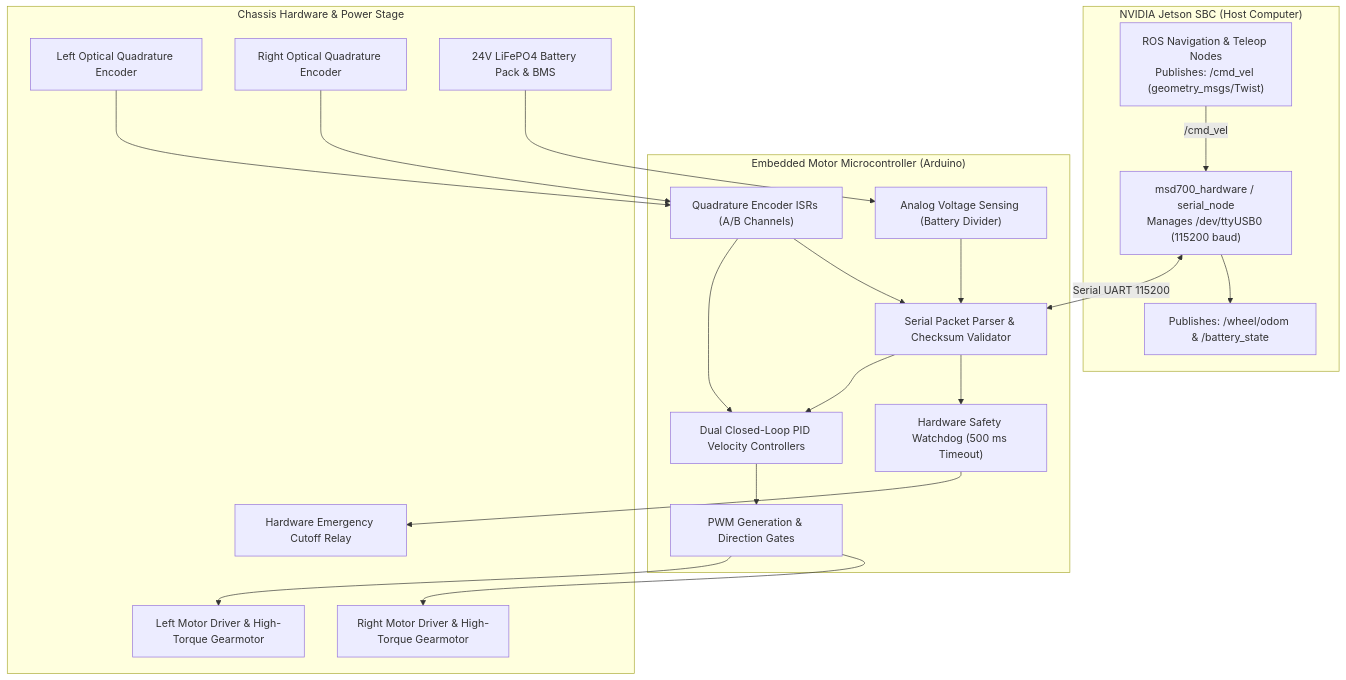
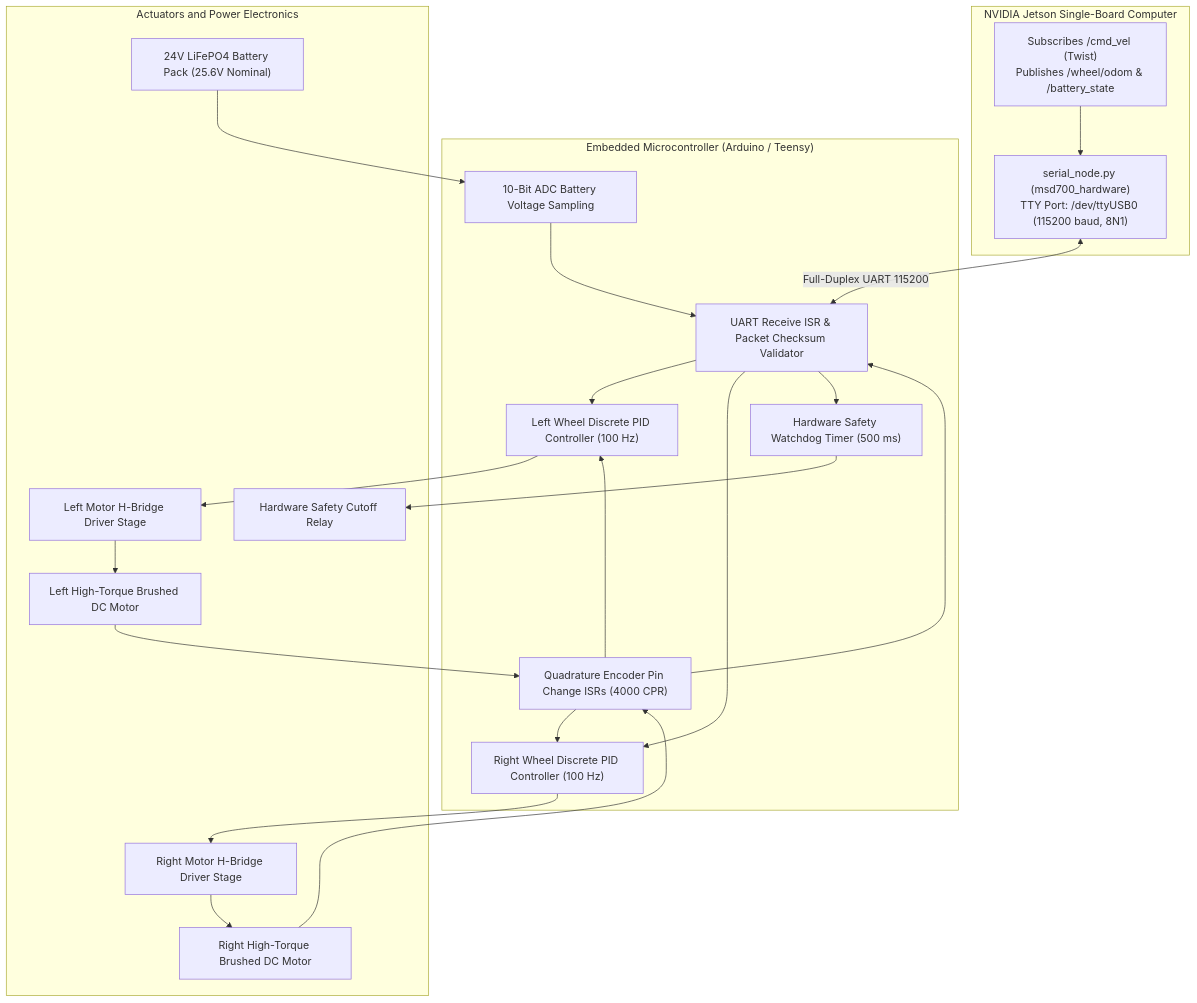
One commit to itbdelaboprogramming/msd700_documentation changed the diagram in docs/development/firmware-and-hardware.md. Above: the diagram before and after it, drawn with Mermaid. The commit also changed other lines of this file and 4 other files, not shown here.

Commit message:
docs: update firmware and hardware documentation with detailed schematics, pinouts, and control loop equations

````diff
--- a/docs/development/firmware-and-hardware.md
+++ b/docs/development/firmware-and-hardware.md
@@ -16,45 +14,44 @@
 ```mermaid
 flowchart TD
-  subgraph HostComputer["NVIDIA Jetson SBC (Host Computer)"]
-    ROS_CTRL["ROS Navigation & Teleop Nodes<br/>Publishes: /cmd_vel (geometry_msgs/Twist)"]
-    SERIAL_NODE["msd700_hardware / serial_node<br/>Manages /dev/ttyUSB0 (115200 baud)"]
-    ROS_ODOM["Publishes: /wheel/odom & /battery_state"]
+  subgraph JetsonSBC["NVIDIA Jetson Single-Board Computer"]
+    SERIAL_NODE["serial_node.py (msd700_hardware)<br/>TTY Port: /dev/ttyUSB0 (115200 baud, 8N1)"]
+    CMD_PUB["Subscribes /cmd_vel (Twist)<br/>Publishes /wheel/odom & /battery_state"]
   end
 
-  subgraph Microcontroller["Embedded Motor Microcontroller (Arduino)"]
-    COMM_PARSER["Serial Packet Parser & Checksum Validator"]
-    PID_LOOP["Dual Closed-Loop PID Velocity Controllers"]
-    PWM_GEN["PWM Generation & Direction Gates"]
-    ENCODER_ISR["Quadrature Encoder ISRs (A/B Channels)"]
-    ADC_SENSE["Analog Voltage Sensing (Battery Divider)"]
-    HW_WATCHDOG["Hardware Safety Watchdog (500 ms Timeout)"]
+  subgraph Microcontroller["Embedded Microcontroller (Arduino / Teensy)"]
+    UART_ISR["UART Receive ISR & Packet Checksum Validator"]
+    PID_LEFT["Left Wheel Discrete PID Controller (100 Hz)"]
+    PID_RIGHT["Right Wheel Discrete PID Controller (100 Hz)"]
+    ENC_ISR["Quadrature Encoder Pin Change ISRs (4000 CPR)"]
+    ADC_SENSE["10-Bit ADC Battery Voltage Sampling"]
+    WATCHDOG["Hardware Safety Watchdog Timer (500 ms)"]
   end
 
-  subgraph ActuatorsPower["Chassis Hardware & Power Stage"]
-    MOTOR_L["Left Motor Driver & High-Torque Gearmotor"]
-    MOTOR_R["Right Motor Driver & High-Torque Gearmotor"]
-    ENC_L["Left Optical Quadrature Encoder"]
-    ENC_R["Right Optical Quadrature Encoder"]
-    BATTERY["24V LiFePO4 Battery Pack & BMS"]
-    RELAY["Hardware Emergency Cutoff Relay"]
+  subgraph PowerStage["Actuators and Power Electronics"]
+    H_BRIDGE_L["Left Motor H-Bridge Driver Stage"]
+    H_BRIDGE_R["Right Motor H-Bridge Driver Stage"]
+    MOTOR_L["Left High-Torque Brushed DC Motor"]
+    MOTOR_R["Right High-Torque Brushed DC Motor"]
+    BATTERY["24V LiFePO4 Battery Pack (25.6V Nominal)"]
+    ESTOP_RELAY["Hardware Safety Cutoff Relay"]
   end
 
-  ROS_CTRL -->|/cmd_vel| SERIAL_NODE
-  SERIAL_NODE <-->|Serial UART 115200| COMM_PARSER
-  SERIAL_NODE --> ROS_ODOM
+  SERIAL_NODE <-->|Full-Duplex UART 115200| UART_ISR
+  CMD_PUB --> SERIAL_NODE
 
-  COMM_PARSER --> PID_LOOP
-  COMM_PARSER --> HW_WATCHDOG
-  PID_LOOP --> PWM_GEN
-  PWM_GEN --> MOTOR_L
-  PWM_GEN --> MOTOR_R
+  UART_ISR --> PID_LEFT
+  UART_ISR --> PID_RIGHT
+  UART_ISR --> WATCHDOG
 
-  ENC_L --> ENCODER_ISR
-  ENC_R --> ENCODER_ISR
-  ENCODER_ISR --> PID_LOOP
-  ENCODER_ISR --> COMM_PARSER
+  PID_LEFT --> H_BRIDGE_L --> MOTOR_L
+  PID_RIGHT --> H_BRIDGE_R --> MOTOR_R
 
-  BATTERY --> ADC_SENSE
-  ADC_SENSE --> COMM_PARSER
-  HW_WATCHDOG --> RELAY
+  MOTOR_L --> ENC_ISR
+  MOTOR_R --> ENC_ISR
+  ENC_ISR --> PID_LEFT
+  ENC_ISR --> PID_RIGHT
+  ENC_ISR --> UART_ISR
+
+  BATTERY --> ADC_SENSE --> UART_ISR
+  WATCHDOG --> ESTOP_RELAY
 ```
````
